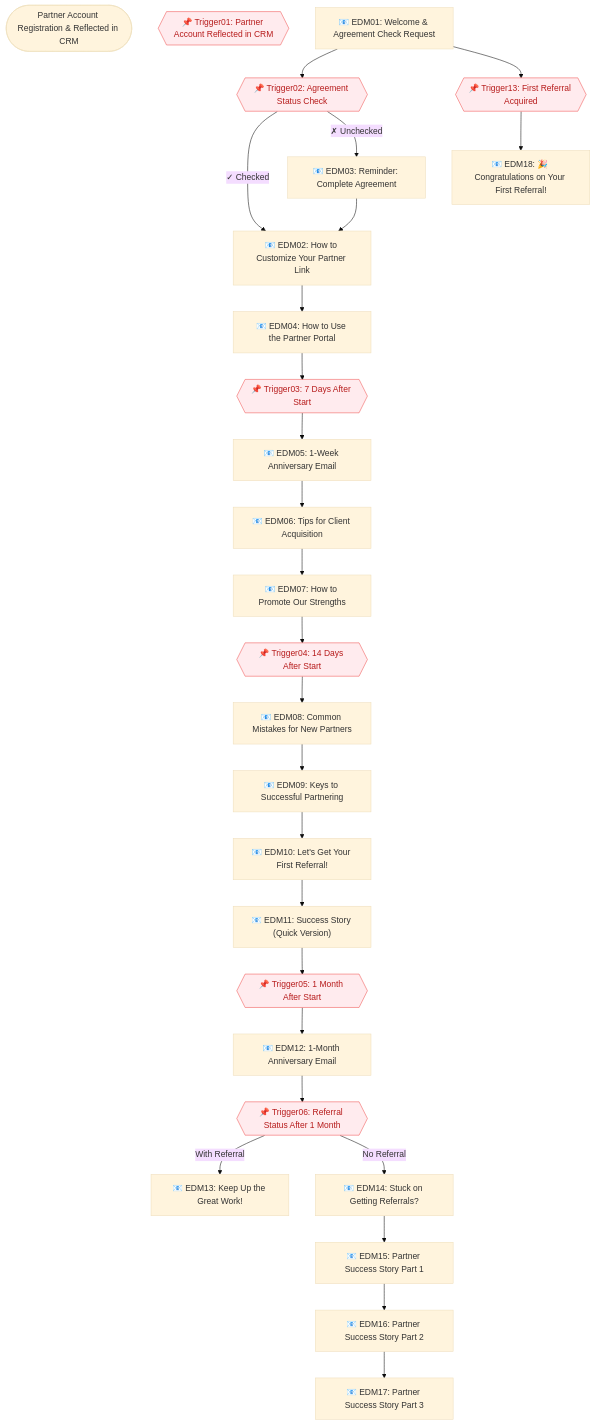
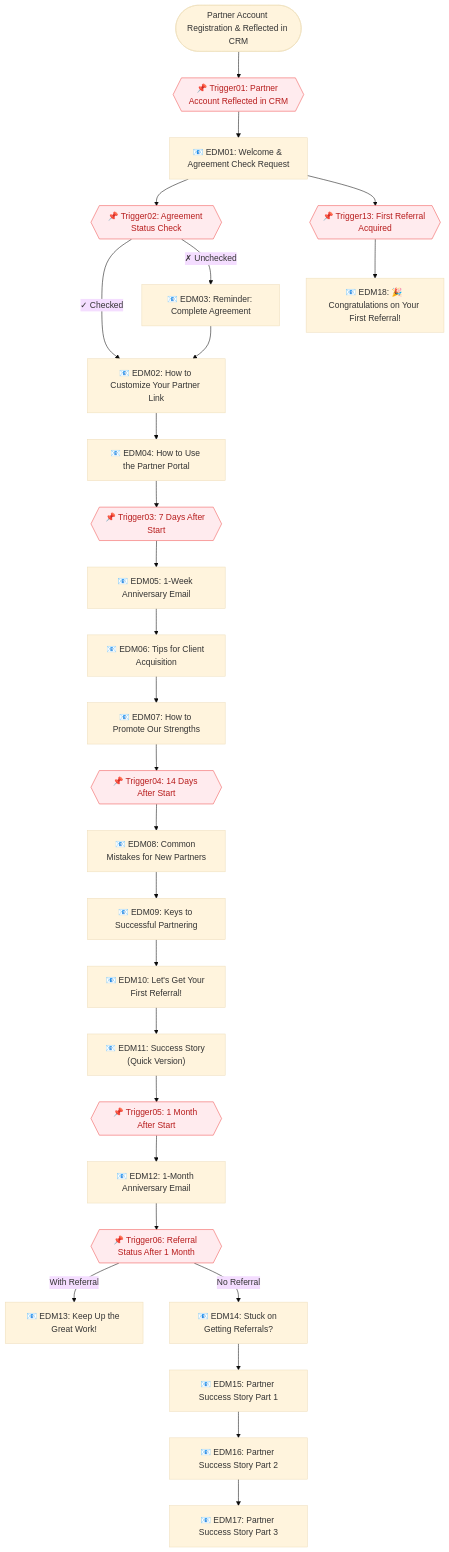
The diagram in flowchart.mmd (Aki-data-analysis/partner-onboarding-edm-automation-), drawn with Mermaid (base theme) before and after one commit.

```diff
--- a/flowchart.mmd
+++ b/flowchart.mmd
@@ -1,54 +1,54 @@
 flowchart TD
   %% Start
   Start(["Partner Account Registration & Reflected in CRM"])
-
-  %% Initial Trigger
   Trigger01{{📌 Trigger01: Partner Account Reflected in CRM}}
   EDM01["📧 EDM01: Welcome & Agreement Check Request"]
+
+  Start --> Trigger01 --> EDM01
 
   %% Agreement Check Branch
   Trigger02{{📌 Trigger02: Agreement Status Check}}
   Trigger13{{📌 Trigger13: First Referral Acquired}}
 
   EDM01 --> Trigger02 & Trigger13
   Trigger02 -- ✓ Checked --> EDM02["📧 EDM02: How to Customize Your Partner Link"]
   Trigger02 -- ✗ Unchecked --> EDM03["📧 EDM03: Reminder: Complete Agreement"]
   EDM03 --> EDM02
 
   %% Portal Guidance
   EDM02 --> EDM04["📧 EDM04: How to Use the Partner Portal"]
 
   %% Milestone Emails
   EDM04 --> Trigger03{{📌 Trigger03: 7 Days After Start}}
   Trigger03 --> EDM05["📧 EDM05: 1-Week Anniversary Email"]
   EDM05 --> EDM06["📧 EDM06: Tips for Client Acquisition"]
   EDM06 --> EDM07["📧 EDM07: How to Promote Our Strengths"]
 
   EDM07 --> Trigger04{{📌 Trigger04: 14 Days After Start}}
   Trigger04 --> EDM08["📧 EDM08: Common Mistakes for New Partners"]
   EDM08 --> EDM09["📧 EDM09: Keys to Successful Partnering"]
   EDM09 --> EDM10["📧 EDM10: Let's Get Your First Referral!"]
   EDM10 --> EDM11["📧 EDM11: Success Story (Quick Version)"]
 
   EDM11 --> Trigger05{{📌 Trigger05: 1 Month After Start}}
   Trigger05 --> EDM12["📧 EDM12: 1-Month Anniversary Email"]
 
   %% Referral Check After 1 Month
   EDM12 --> Trigger06{{📌 Trigger06: Referral Status After 1 Month}}
   Trigger06 -- With Referral --> EDM13["📧 EDM13: Keep Up the Great Work!"]
   Trigger06 -- No Referral --> EDM14["📧 EDM14: Stuck on Getting Referrals?"]
   EDM14 --> EDM15["📧 EDM15: Partner Success Story Part 1"]
   EDM15 --> EDM16["📧 EDM16: Partner Success Story Part 2"]
   EDM16 --> EDM17["📧 EDM17: Partner Success Story Part 3"]
 
   %% First Referral Congratulation
   Trigger13 --> EDM18["📧 EDM18: 🎉 Congratulations on Your First Referral!"]
 
   %% Styles
   style Trigger01 fill:#ffebee,stroke:#ef5350,color:#b71c1c
   style Trigger02 fill:#ffebee,stroke:#ef5350,color:#b71c1c
   style Trigger03 fill:#ffebee,stroke:#ef5350,color:#b71c1c
   style Trigger04 fill:#ffebee,stroke:#ef5350,color:#b71c1c
   style Trigger05 fill:#ffebee,stroke:#ef5350,color:#b71c1c
   style Trigger06 fill:#ffebee,stroke:#ef5350,color:#b71c1c
   style Trigger13 fill:#ffebee,stroke:#ef5350,color:#b71c1c
```
